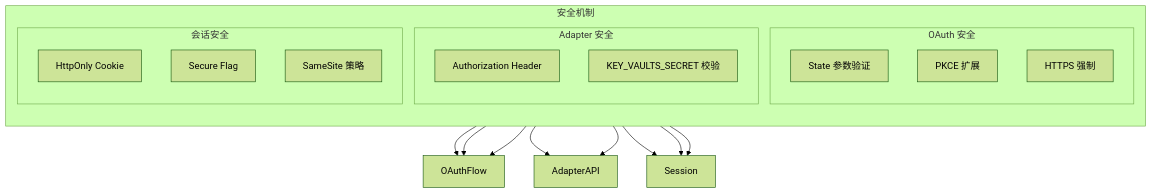
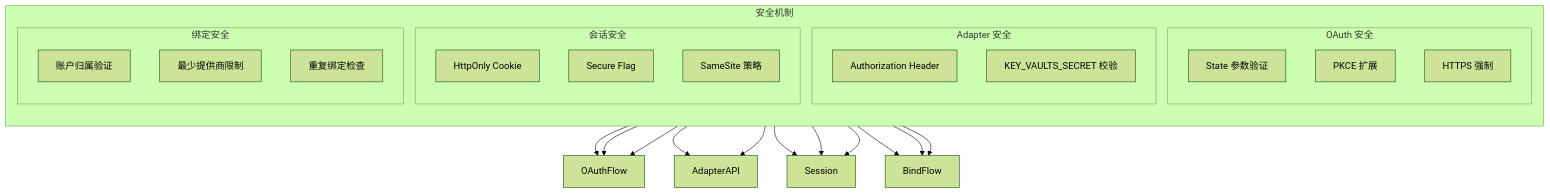
One commit to RudolphHuang/openclaw_doc changed diagram 17 of 20 in docs/google登录技术方案.md. Above: the diagram before and after it, drawn with Mermaid (forest theme). The commit also changed other lines of this file, not shown here.

````diff
--- a/docs/google登录技术方案.md
+++ b/docs/google登录技术方案.md
@@ -420,34 +706,44 @@
 ```mermaid
 flowchart TB
     subgraph Security["安全机制"]
         direction TB
         
         subgraph OAuthSecurity["OAuth 安全"]
             StateParam["State 参数验证"]
             PKCE["PKCE 扩展"]
             HTTPS["HTTPS 强制"]
         end
 
         subgraph AdapterSecurity["Adapter 安全"]
             AuthHeader["Authorization Header"]
             KVSecret["KEY_VAULTS_SECRET 校验"]
         end
 
         subgraph SessionSecurity["会话安全"]
             HttpOnly["HttpOnly Cookie"]
             Secure["Secure Flag"]
             SameSite["SameSite 策略"]
         end
+        
+        subgraph BindSecurity["绑定安全"]
+            AccountOwner["账户归属验证"]
+            MinProvider["最少提供商限制"]
+            DuplicateCheck["重复绑定检查"]
+        end
     end
 
     StateParam --> OAuthFlow
     PKCE --> OAuthFlow
     HTTPS --> OAuthFlow
     
     AuthHeader --> AdapterAPI
     KVSecret --> AdapterAPI
     
     HttpOnly --> Session
     Secure --> Session
     SameSite --> Session
+    
+    AccountOwner --> BindFlow
+    MinProvider --> BindFlow
+    DuplicateCheck --> BindFlow
 ```
````
